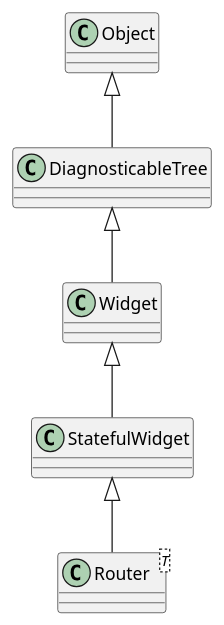
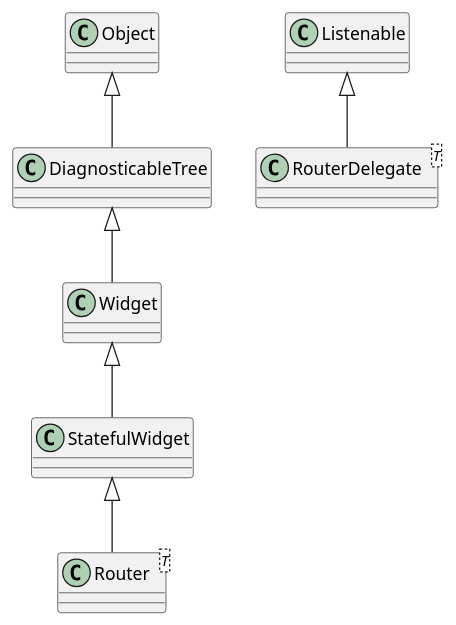
Before and after one commit to tamas-p/hisma: the fourth of 5 diagrams in packages/hisma_flutter/doc/flutter_routing_study/routing_class_diagrams.plantuml, drawn with PlantUML. The commit also changed other lines of this file and 175 other files, not shown here.

```diff
--- a/packages/hisma_flutter/doc/flutter_routing_study/routing_class_diagrams.plantuml
+++ b/packages/hisma_flutter/doc/flutter_routing_study/routing_class_diagrams.plantuml
@@ -59,13 +62,18 @@
 @startuml
 class Router<T>
 class StatefulWidget
 class Widget
 class DiagnosticableTree
 class Object
 
+class Listenable
+class RouterDelegate<T>
+
 Object <|-- DiagnosticableTree
 DiagnosticableTree <|-- Widget
 Widget <|-- StatefulWidget
 StatefulWidget <|-- Router
 
+Listenable <|-- RouterDelegate
+
 @enduml
```
